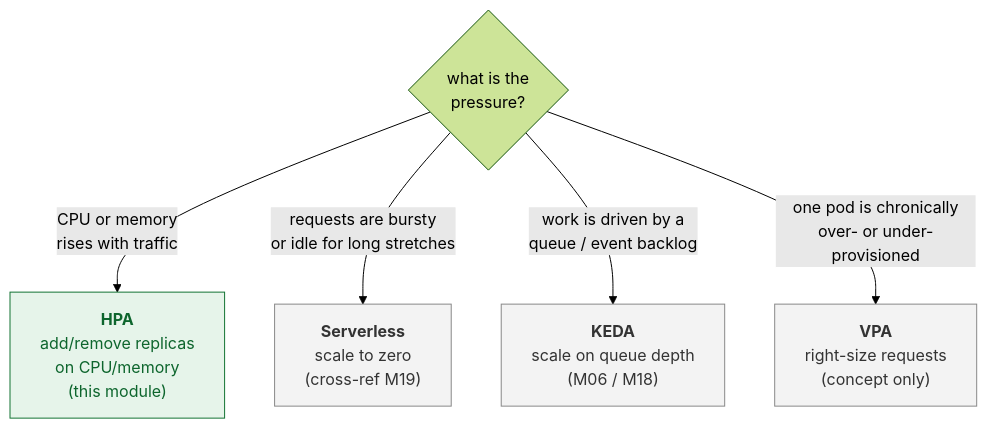
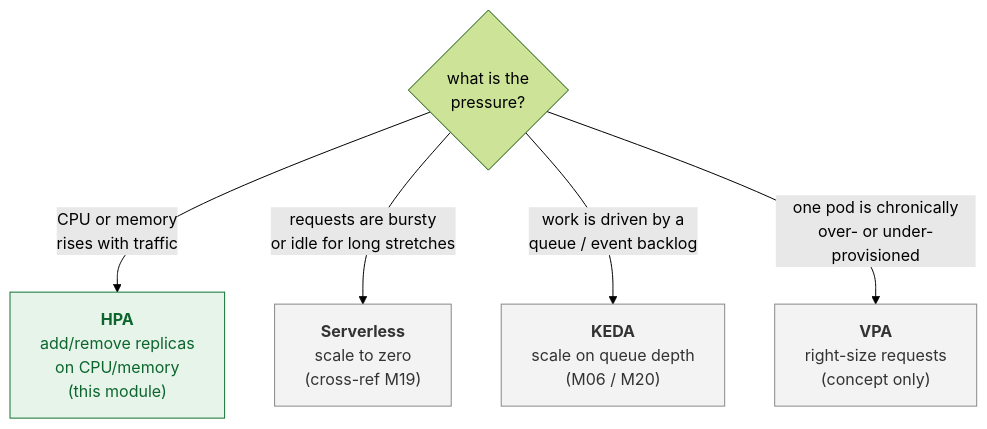
The third of 4 diagrams in content/modules/ROOT/pages/m12-observability-health-scale/concept.adoc (serhat-dirik/OCP-Getting-Started-Revamped), drawn with Mermaid (forest theme) before and after one commit. The commit also changed 1 other file, not shown here.

Commit message:
fix(content): clean up stale catalog cross-references from the Block-D reorder
The 2026-07-12 Block-D reorder dropped the Virtualization module and moved
Eventing to M20; two references were left stale:
- m01 wrapup promised "a later module (OpenShift Virtualization for App
  Teams)" — reworded to reference the product capability, no module promise.
- m12 scaling-decision diagram cross-referenced KEDA to M18 (Service Mesh);
  corrected to M20 (Eventing), matching m06/m20 where KEDA is exercised.

```diff
--- a/content/modules/ROOT/pages/m12-observability-health-scale/concept.adoc
+++ b/content/modules/ROOT/pages/m12-observability-health-scale/concept.adoc
@@ -96,12 +96,12 @@
 [mermaid]
 ....
 flowchart TD
   START{what is the<br/>pressure?} -->|CPU or memory<br/>rises with traffic| HPA["<b>HPA</b><br/>add/remove replicas<br/>on CPU/memory<br/>(this module)"]
   START -->|requests are bursty<br/>or idle for long stretches| KN["<b>Serverless</b><br/>scale to zero<br/>(cross-ref M19)"]
-  START -->|work is driven by a<br/>queue / event backlog| KEDA["<b>KEDA</b><br/>scale on queue depth<br/>(M06 / M18)"]
+  START -->|work is driven by a<br/>queue / event backlog| KEDA["<b>KEDA</b><br/>scale on queue depth<br/>(M06 / M20)"]
   START -->|one pod is chronically<br/>over- or under-provisioned| VPA["<b>VPA</b><br/>right-size requests<br/>(concept only)"]
   classDef pick fill:#e6f4ea,stroke:#137333,color:#0d652d;
   classDef other fill:#f3f3f3,stroke:#888,color:#333;
   class HPA pick;
   class KN,KEDA,VPA other;
 ....
```
